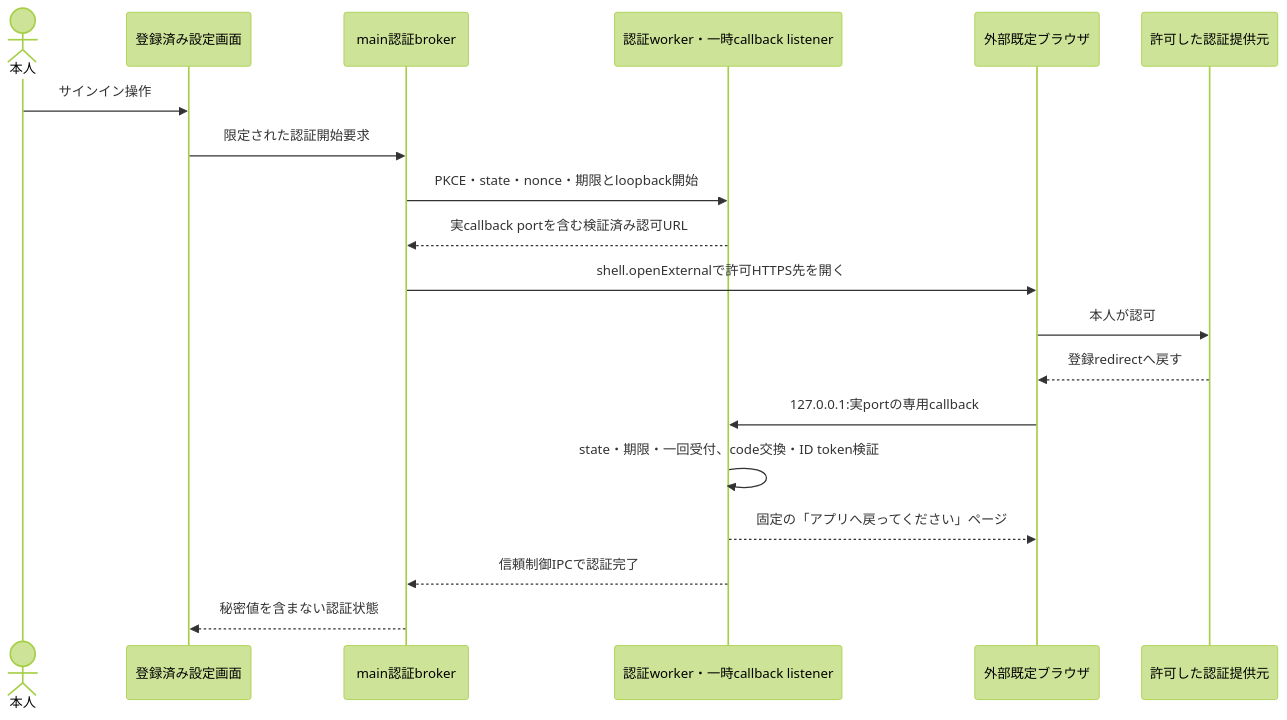
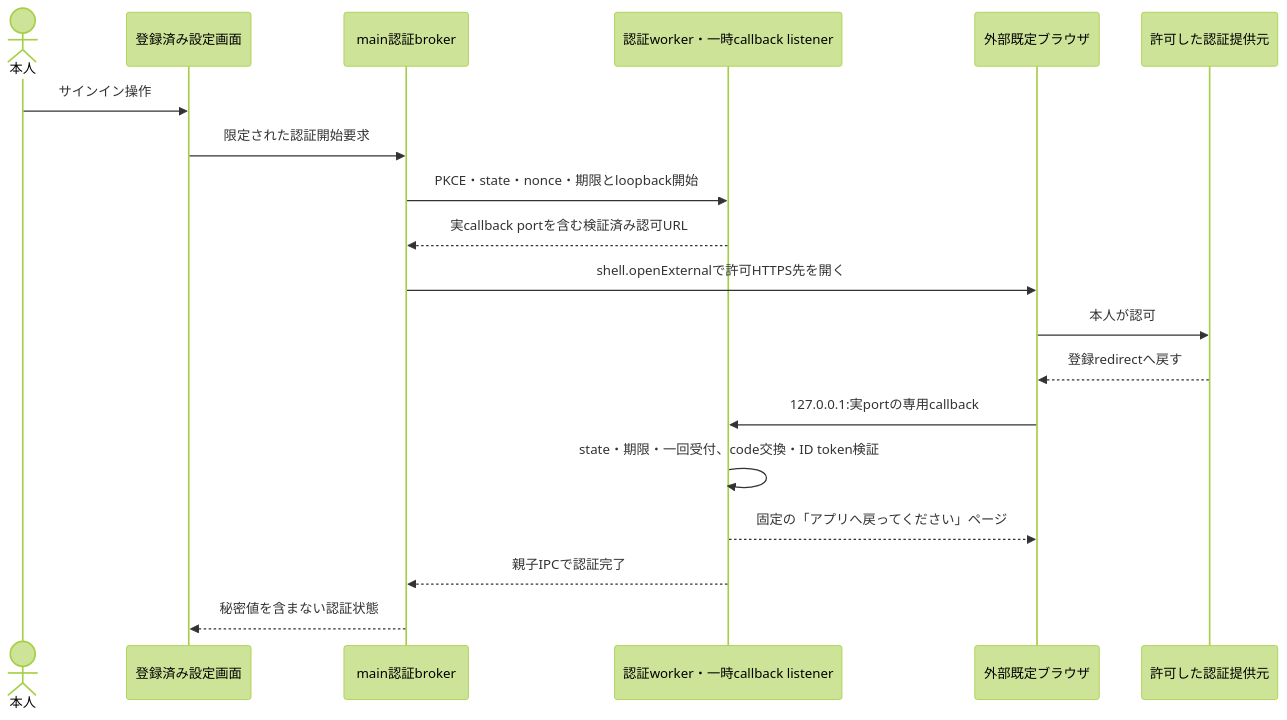
The fourth of 6 diagrams in docs/desktop-release-runtime.md (itiwoja/DC-Designer), drawn with Mermaid (forest theme) before and after one commit. The commit also changed other lines of this file and 1 other file, not shown here.

````diff
--- a/docs/desktop-release-runtime.md
+++ b/docs/desktop-release-runtime.md
@@ -200,21 +167,21 @@
 ```mermaid
 sequenceDiagram
   actor U as 本人
   participant R as 登録済み設定画面
   participant M as main認証broker
   participant O as 認証worker・一時callback listener
   participant B as 外部既定ブラウザ
   participant A as 許可した認証提供元
   U->>R: サインイン操作
   R->>M: 限定された認証開始要求
   M->>O: PKCE・state・nonce・期限とloopback開始
   O-->>M: 実callback portを含む検証済み認可URL
   M->>B: shell.openExternalで許可HTTPS先を開く
   B->>A: 本人が認可
   A-->>B: 登録redirectへ戻す
   B->>O: 127.0.0.1:実portの専用callback
   O->>O: state・期限・一回受付、code交換・ID token検証
   O-->>B: 固定の「アプリへ戻ってください」ページ
-  O-->>M: 信頼制御IPCで認証完了
+  O-->>M: 親子IPCで認証完了
   M-->>R: 秘密値を含まない認証状態
 ```
````
